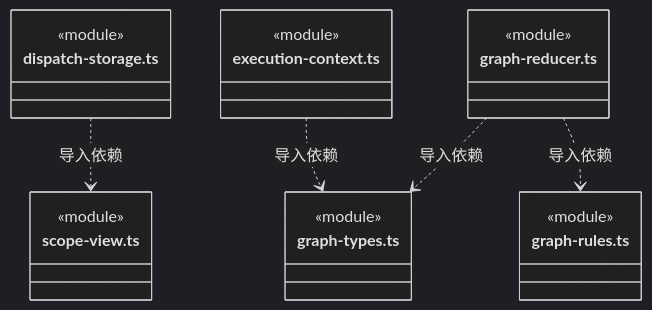
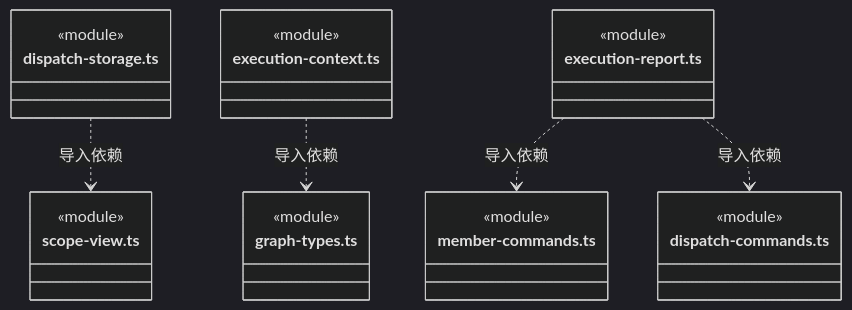
Before and after one commit to nan023062/cbim: diagram 41 of 47 in src/backend/core/tasks/ARCHITECTURE.md, drawn with Mermaid (dark theme). The commit also changed other lines of this file and 55 other files, not shown here.

````diff
--- a/src/backend/core/tasks/ARCHITECTURE.md
+++ b/src/backend/core/tasks/ARCHITECTURE.md
@@ -1025,25 +1047,28 @@
 ```mermaid
 classDiagram
 class N_src_backend_core_tasks_dispatch_storage_ts["dispatch-storage.ts"] {
   <<module>>
 }
 class N_src_backend_core_tasks_scope_view_ts["scope-view.ts"] {
   <<module>>
 }
 class N_src_backend_core_tasks_execution_context_ts["execution-context.ts"] {
   <<module>>
 }
 class N_src_backend_core_tasks_graph_types_ts["graph-types.ts"] {
   <<module>>
 }
-class N_src_backend_core_tasks_graph_reducer_ts["graph-reducer.ts"] {
+class N_src_backend_core_tasks_execution_report_ts["execution-report.ts"] {
   <<module>>
 }
-class N_src_backend_core_tasks_graph_rules_ts["graph-rules.ts"] {
+class N_src_backend_core_tasks_member_commands_ts["member-commands.ts"] {
+  <<module>>
+}
+class N_src_backend_core_tasks_dispatch_commands_ts["dispatch-commands.ts"] {
   <<module>>
 }
 N_src_backend_core_tasks_dispatch_storage_ts ..> N_src_backend_core_tasks_scope_view_ts : 导入依赖
 N_src_backend_core_tasks_execution_context_ts ..> N_src_backend_core_tasks_graph_types_ts : 导入依赖
-N_src_backend_core_tasks_graph_reducer_ts ..> N_src_backend_core_tasks_graph_rules_ts : 导入依赖
-N_src_backend_core_tasks_graph_reducer_ts ..> N_src_backend_core_tasks_graph_types_ts : 导入依赖
+N_src_backend_core_tasks_execution_report_ts ..> N_src_backend_core_tasks_member_commands_ts : 导入依赖
+N_src_backend_core_tasks_execution_report_ts ..> N_src_backend_core_tasks_dispatch_commands_ts : 导入依赖
 ```
````
